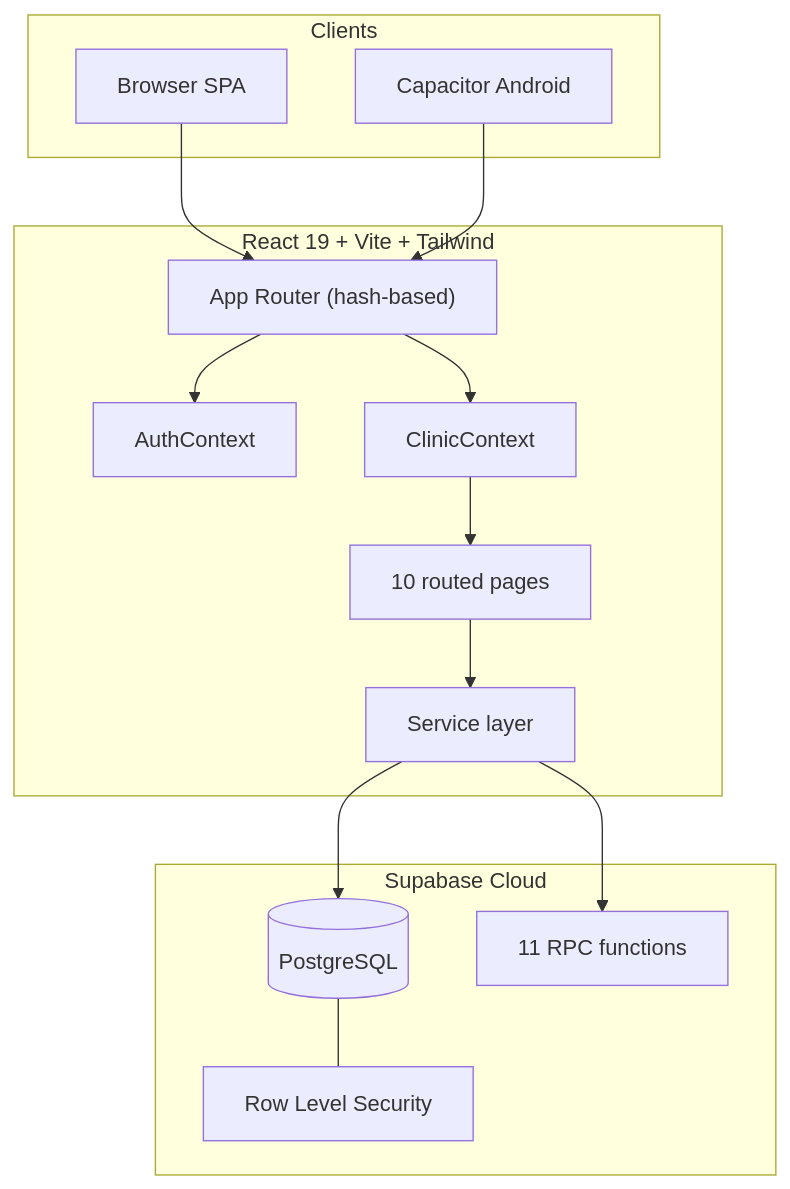
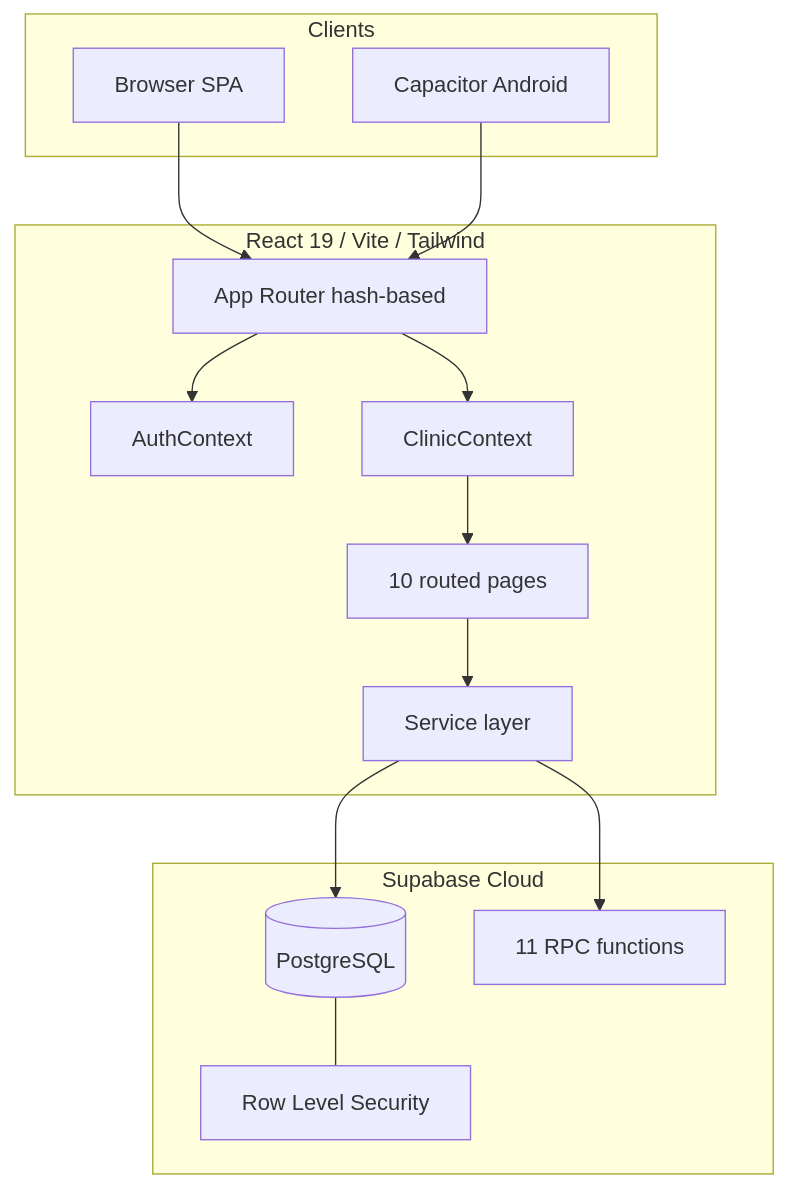
Before and after one commit to wandrysiak/MyClinicManager: the diagram in README.md, drawn with Mermaid.

Commit message:
fix: simplify Mermaid diagram for GitHub rendering

````diff
--- a/README.md
+++ b/README.md
@@ -168,31 +168,28 @@
 ```mermaid
-flowchart TB
-    subgraph clients ["Clients"]
-        Web["Browser SPA"]
-        Android["Capacitor Android"]
+graph TB
+    subgraph clients [Clients]
+        Web[Browser SPA]
+        Android[Capacitor Android]
     end
-
-    subgraph frontend ["React 19 + Vite + Tailwind"]
-        App["App Router (hash-based)"]
-        AuthCtx["AuthContext"]
-        ClinicCtx["ClinicContext"]
-        Pages["10 routed pages"]
-        Services["Service layer"]
+    subgraph frontend [React 19 / Vite / Tailwind]
+        App[App Router hash-based]
+        AuthCtx[AuthContext]
+        ClinicCtx[ClinicContext]
+        Pages[10 routed pages]
+        Services[Service layer]
     end
-
-    subgraph backend ["Supabase Cloud"]
-        PG[("PostgreSQL")]
-        RPC["11 RPC functions"]
-        RLS["Row Level Security"]
+    subgraph backend [Supabase Cloud]
+        PG[(PostgreSQL)]
+        RPC[11 RPC functions]
+        RLS[Row Level Security]
     end
-
     Web --> App
     Android --> App
     App --> AuthCtx
     App --> ClinicCtx
     ClinicCtx --> Pages
     Pages --> Services
     Services --> PG
     Services --> RPC
     PG --- RLS
 ```
````
